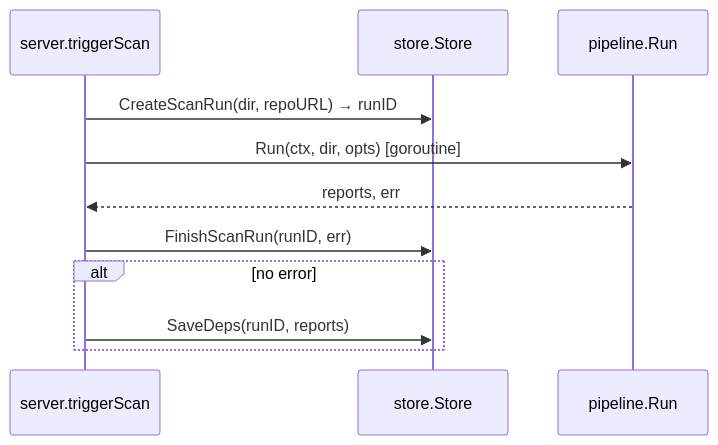
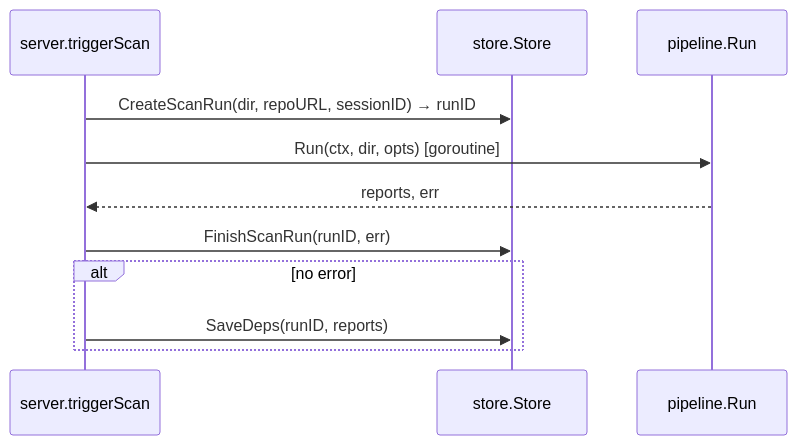
One commit to Holquaria/dep-health changed diagram 15 of 18 in docs/architecture.md. Above: the diagram before and after it, drawn with Mermaid. The commit also changed other lines of this file and 8 other files, not shown here.

````diff
--- a/docs/architecture.md
+++ b/docs/architecture.md
@@ -513,14 +533,14 @@
 ```mermaid
 sequenceDiagram
     participant server as server.triggerScan
     participant store as store.Store
     participant pipeline as pipeline.Run
 
-    server->>store: CreateScanRun(dir, repoURL) → runID
+    server->>store: CreateScanRun(dir, repoURL, sessionID) → runID
     server->>pipeline: Run(ctx, dir, opts) [goroutine]
     pipeline-->>server: reports, err
     server->>store: FinishScanRun(runID, err)
     alt no error
         server->>store: SaveDeps(runID, reports)
     end
 ```
````
